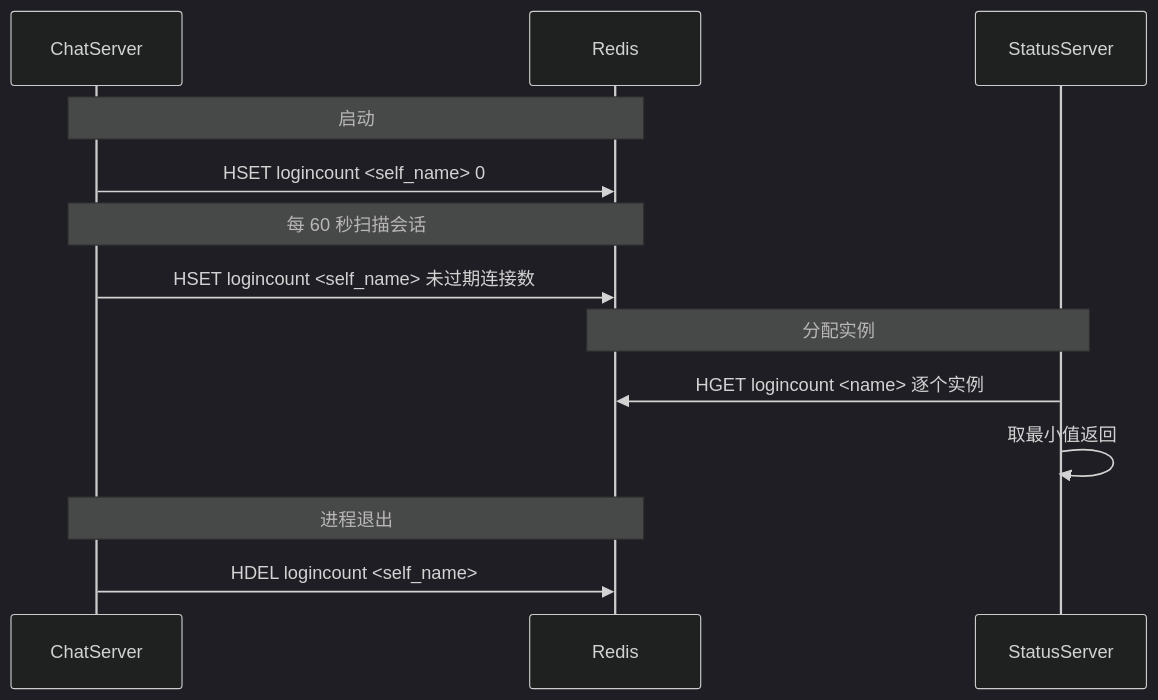
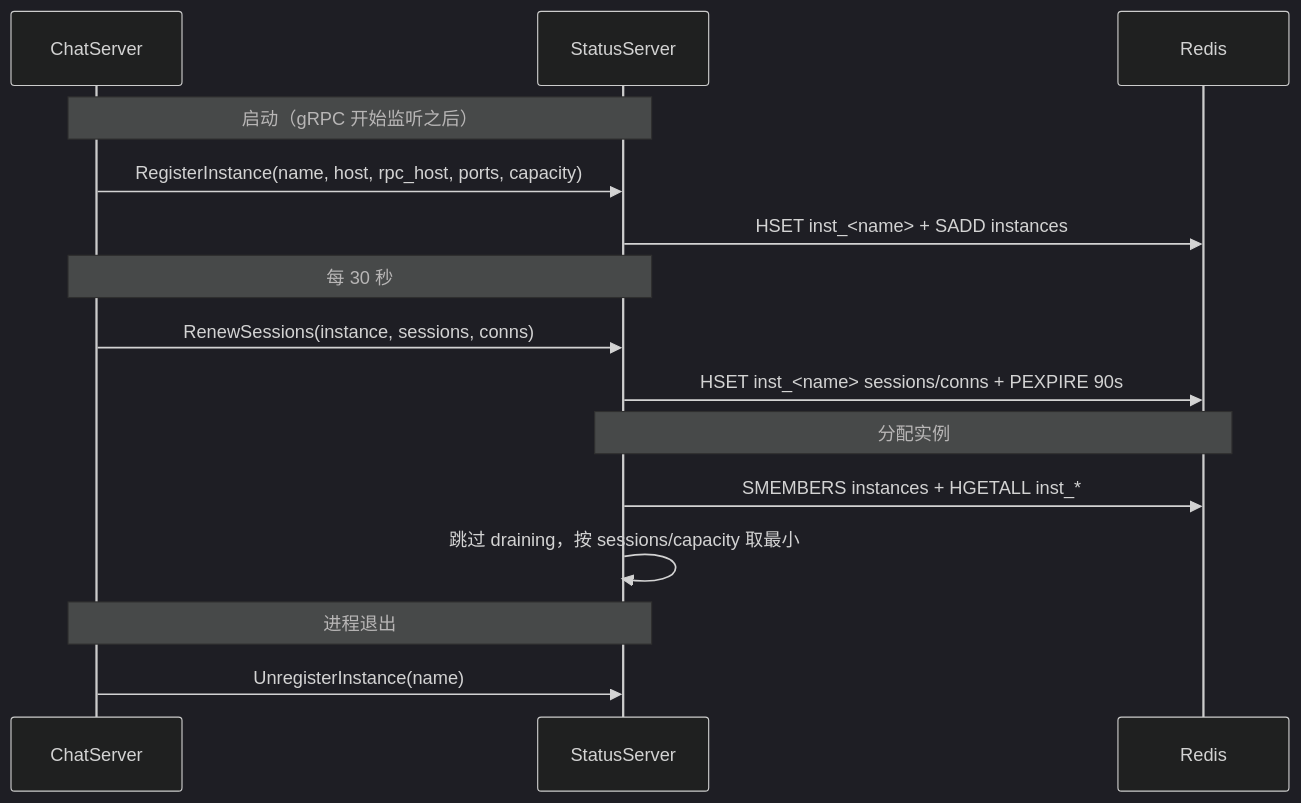
One commit to yrc920/yunjian changed the first of 2 diagrams in docs/04-data-model.md. Above: the diagram before and after it, drawn with Mermaid (dark theme). The commit also changed other lines of this file and 73 other files, not shown here.

````diff
--- a/docs/04-data-model.md
+++ b/docs/04-data-model.md
@@ -175,19 +178,21 @@
 ```mermaid
 sequenceDiagram
     participant CS as ChatServer
+    participant S as StatusServer
     participant R as Redis
-    participant S as StatusServer
 
-    Note over CS,R: 启动
-    CS->>R: HSET logincount #lt;self_name#gt; 0
+    Note over CS,S: 启动（gRPC 开始监听之后）
+    CS->>S: RegisterInstance(name, host, rpc_host, ports, capacity)
+    S->>R: HSET inst_#lt;name#gt; + SADD instances
 
-    Note over CS,R: 每 60 秒扫描会话
-    CS->>R: HSET logincount #lt;self_name#gt; 未过期连接数
+    Note over CS,S: 每 30 秒
+    CS->>S: RenewSessions(instance, sessions, conns)
+    S->>R: HSET inst_#lt;name#gt; sessions/conns + PEXPIRE 90s
 
     Note over S,R: 分配实例
-    S->>R: HGET logincount #lt;name#gt; 逐个实例
-    S->>S: 取最小值返回
+    S->>R: SMEMBERS instances + HGETALL inst_*
+    S->>S: 跳过 draining，按 sessions/capacity 取最小
 
-    Note over CS,R: 进程退出
-    CS->>R: HDEL logincount #lt;self_name#gt;
+    Note over CS,S: 进程退出
+    CS->>S: UnregisterInstance(name)
 ```
````
